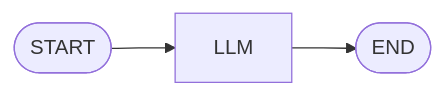
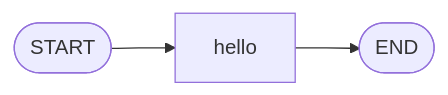
Before and after one commit to ykubota-dev/ai-agent-tutorial: the fourth of 14 diagrams in docs/07_langgraph.md, drawn with Mermaid. The commit also changed other lines of this file and 1 other file, not shown here.

````diff
--- a/docs/07_langgraph.md
+++ b/docs/07_langgraph.md
@@ -180,9 +233,11 @@
 ```mermaid
 flowchart LR
     START(["START"])
-    LLM["LLM"]
+
+    HELLO["hello"]
+
     END(["END"])
 
-    START --> LLM
-    LLM --> END
+    START --> HELLO
+    HELLO --> END
 ```
````
